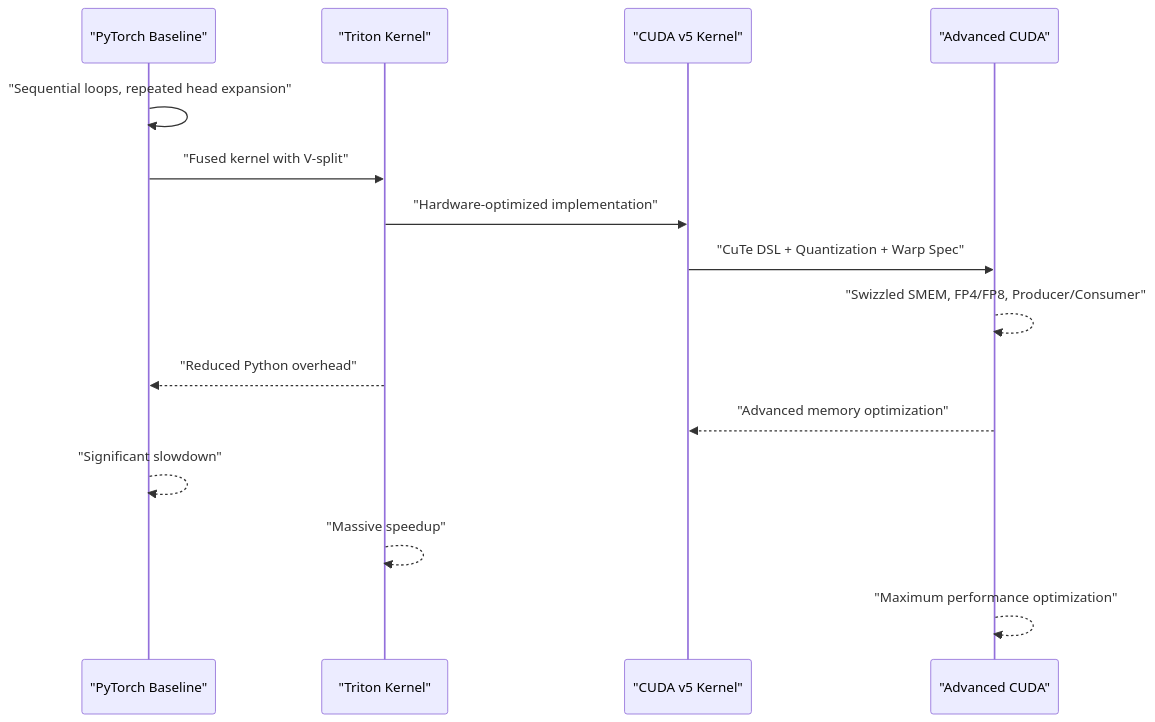
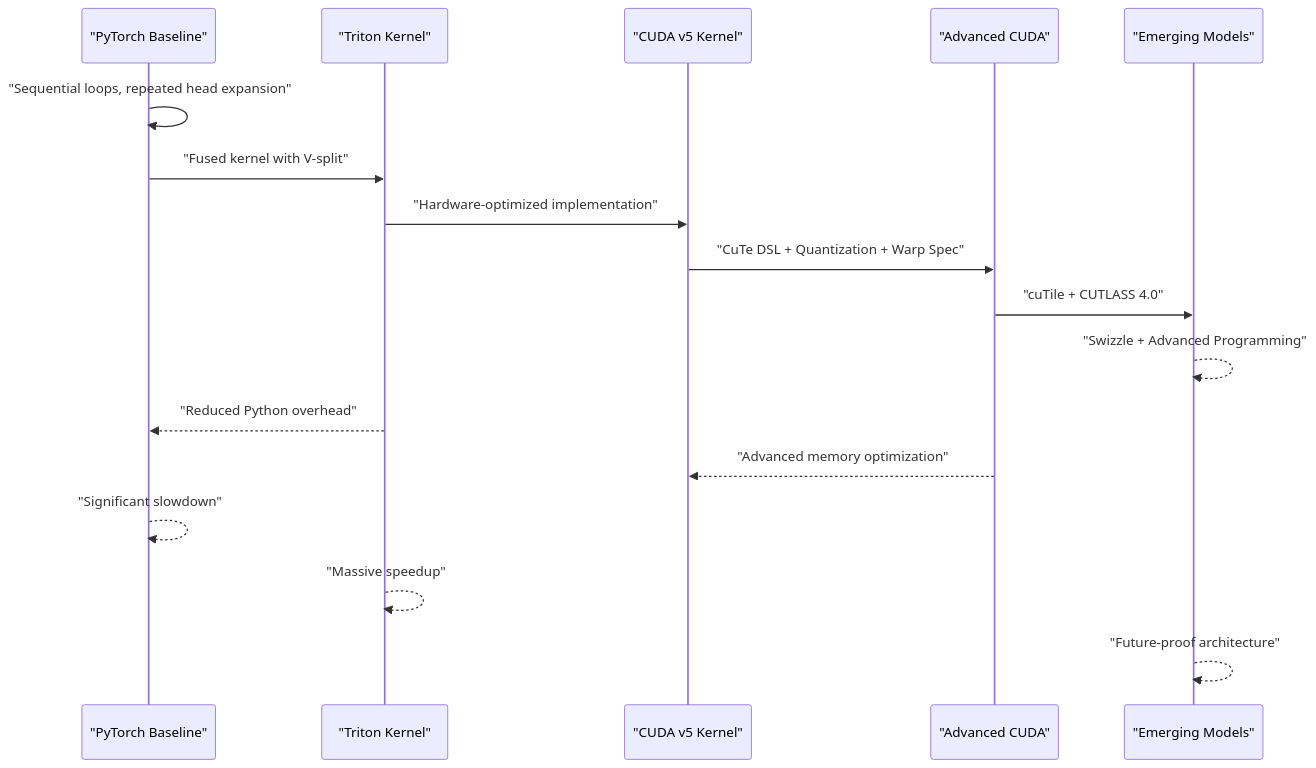
Before and after one commit to gugudeshubao/flashinfer-bench-tma-thrust: the tenth of 11 diagrams in .qoder/repowiki/en/content/Optimization Strategies.md, drawn with Mermaid. The commit also changed other lines of this file and 3 other files, not shown here.

````diff
--- a/.qoder/repowiki/en/content/Optimization Strategies.md
+++ b/.qoder/repowiki/en/content/Optimization Strategies.md
@@ -535,17 +659,19 @@
 ```mermaid
 sequenceDiagram
 participant Py as "PyTorch Baseline"
 participant Triton as "Triton Kernel"
 participant CUDA as "CUDA v5 Kernel"
 participant Advanced as "Advanced CUDA"
+participant Emerging as "Emerging Models"
 Py->>Py : "Sequential loops, repeated head expansion"
 Py->>Triton : "Fused kernel with V-split"
 Triton->>CUDA : "Hardware-optimized implementation"
 CUDA->>Advanced : "CuTe DSL + Quantization + Warp Spec"
-Advanced-->>Advanced : "Swizzled SMEM, FP4/FP8, Producer/Consumer"
+Advanced->>Emerging : "cuTile + CUTLASS 4.0"
+Emerging-->>Emerging : "Swizzle + Advanced Programming"
 Triton-->>Py : "Reduced Python overhead"
 Advanced-->>CUDA : "Advanced memory optimization"
 Py-->>Py : "Significant slowdown"
 Triton-->>Triton : "Massive speedup"
-Advanced-->>Advanced : "Maximum performance optimization"
+Emerging-->>Emerging : "Future-proof architecture"
 ```
````
